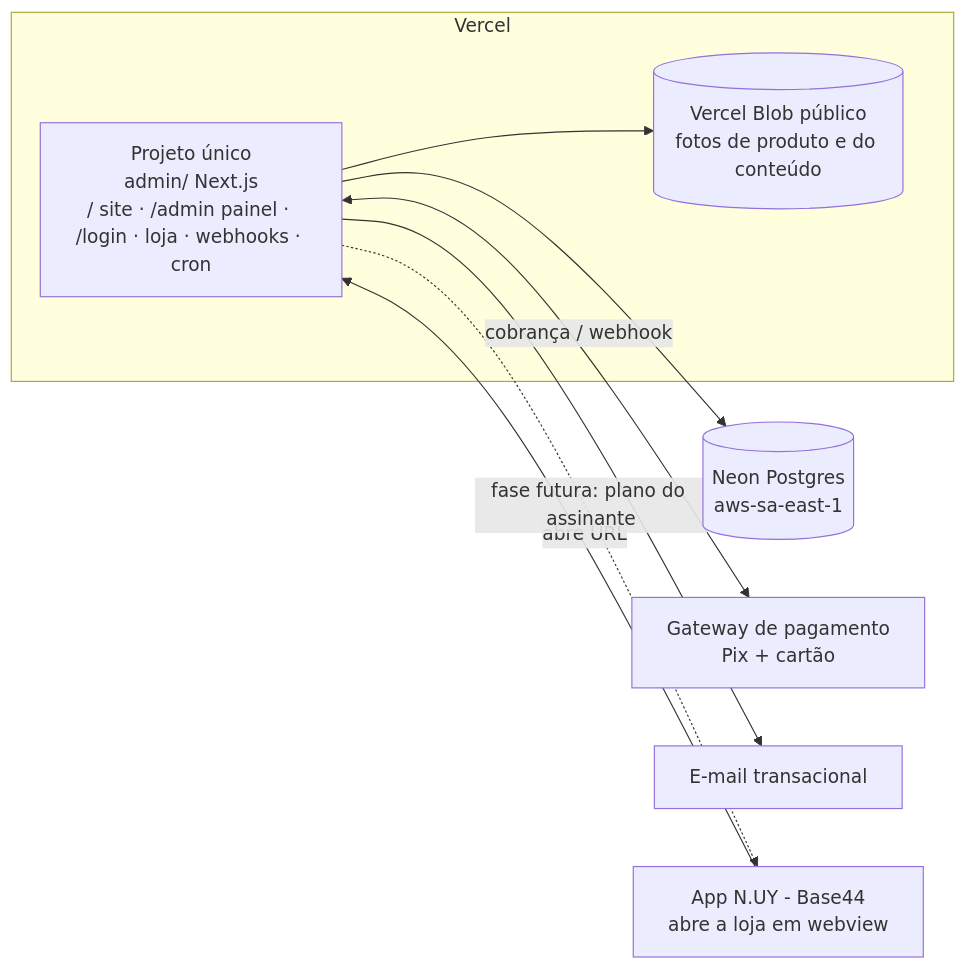
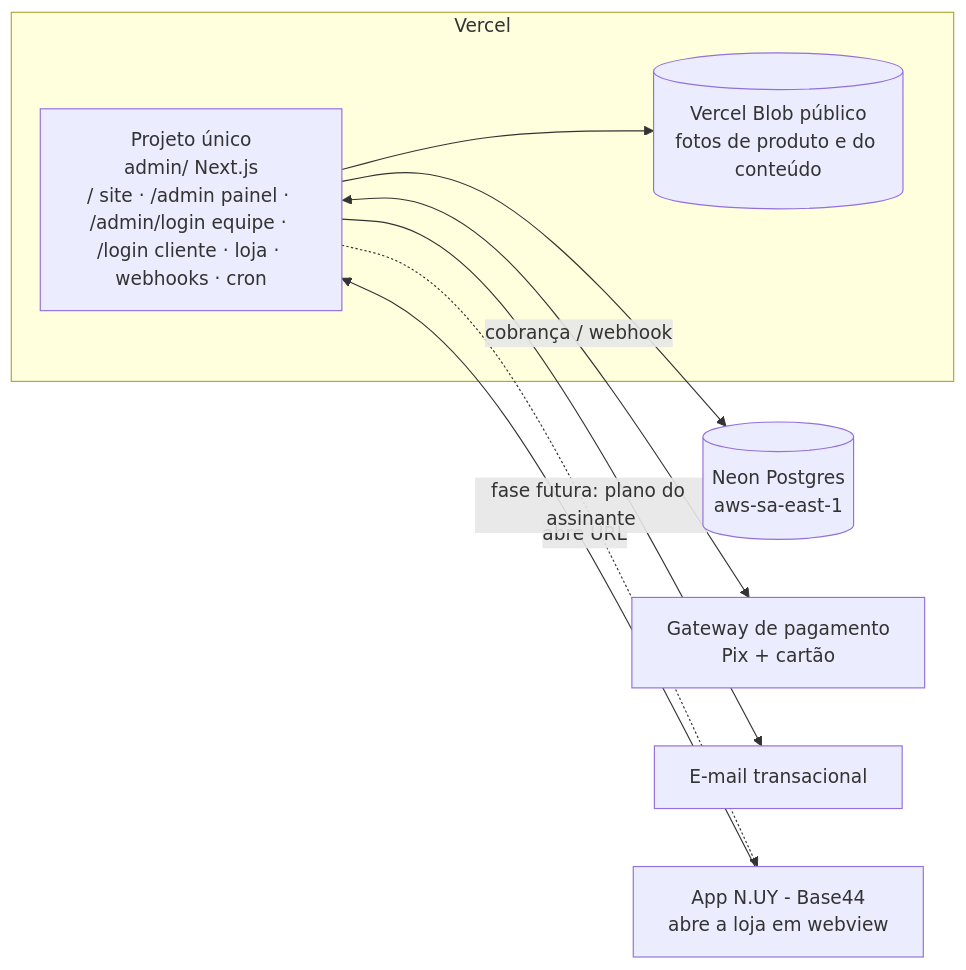
Before and after one commit to igordimarine-sys/nuyvi: the first of 3 diagrams in docs/tecnico/arquitetura.md, drawn with Mermaid. The commit also changed other lines of this file and 12 other files, not shown here.

First line of the commit message:
Entrada da equipe em /admin/login, separada do /login do cliente

````diff
--- a/docs/tecnico/arquitetura.md
+++ b/docs/tecnico/arquitetura.md
@@ -7,17 +7,17 @@
 ```mermaid
 flowchart LR
   subgraph Vercel
-    L[Projeto único<br/>admin/ Next.js<br/>/ site · /admin painel · /login · loja · webhooks · cron]
+    L[Projeto único<br/>admin/ Next.js<br/>/ site · /admin painel · /admin/login equipe · /login cliente · loja · webhooks · cron]
     B[(Vercel Blob público<br/>fotos de produto e do conteúdo)]
   end
   N[(Neon Postgres<br/>aws-sa-east-1)]
   G[Gateway de pagamento<br/>Pix + cartão]
   E[E-mail transacional]
   APP[App N.UY - Base44<br/>abre a loja em webview]
   APP -- abre URL --> L
   L --> N
   L --> B
   L <-- cobrança / webhook --> G
   L --> E
   L -. fase futura: plano do assinante .-> APP
 ```
````
